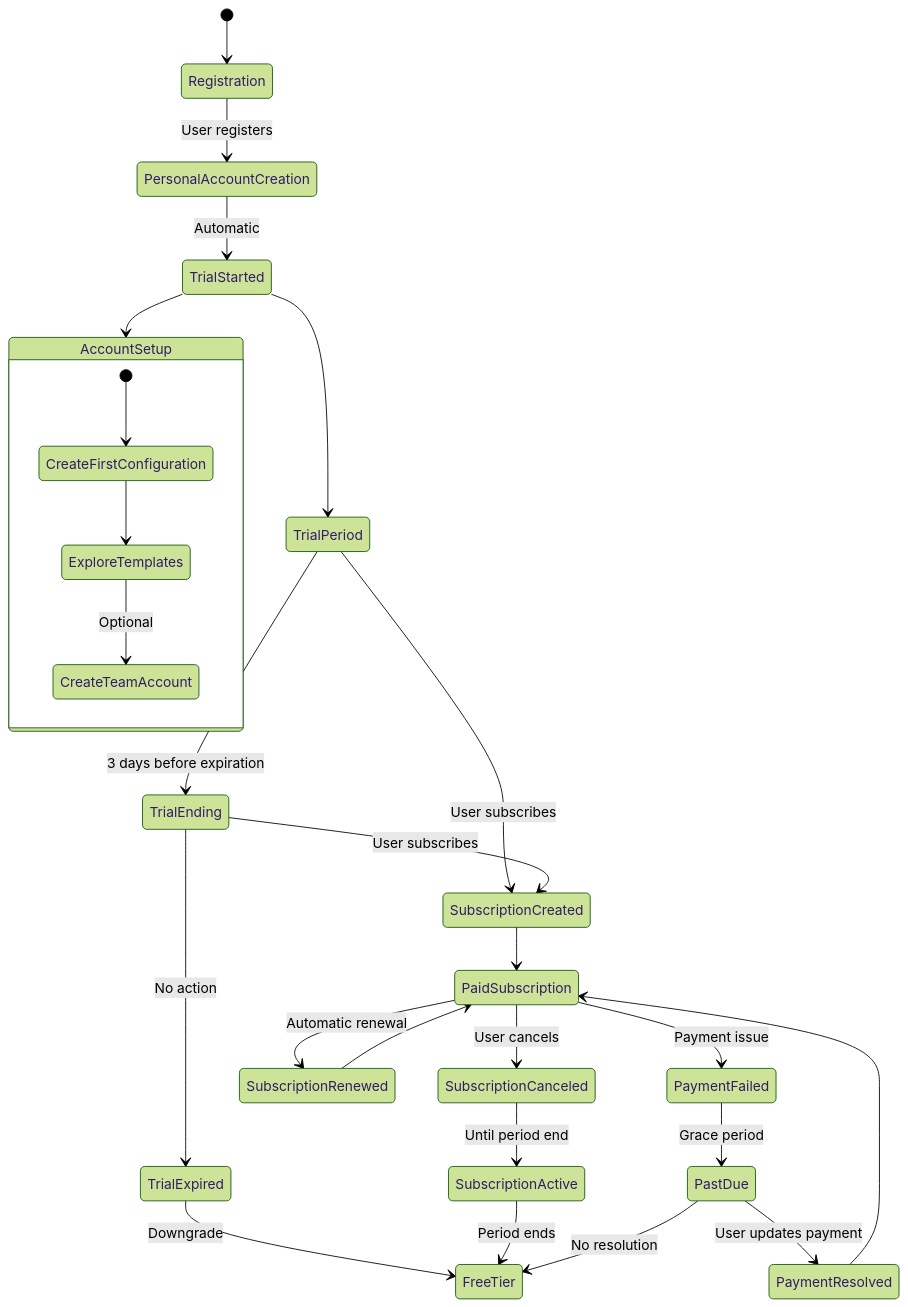
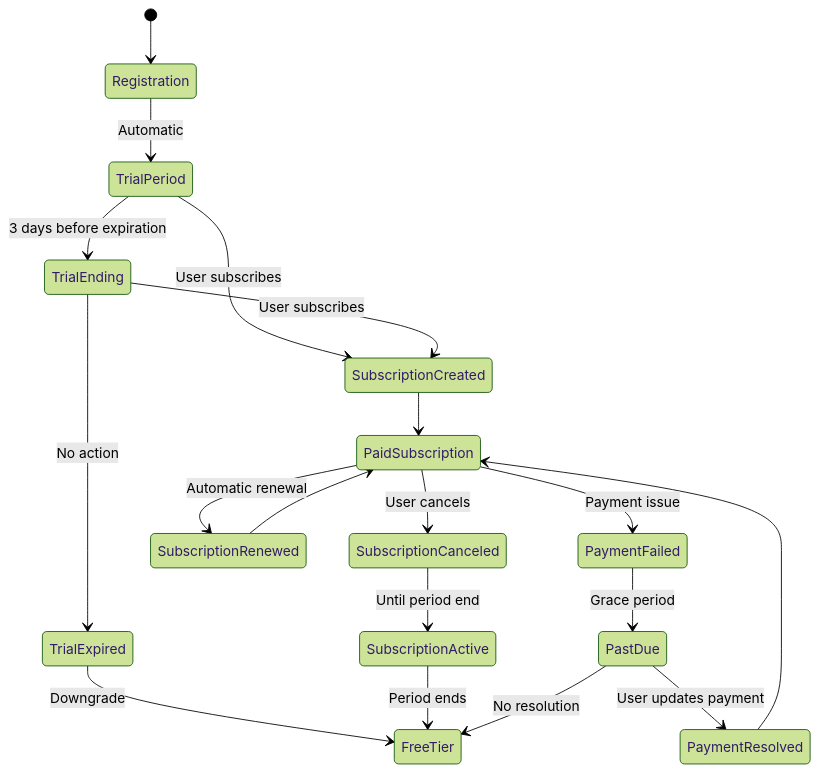
The second of 10 diagrams in backend/7-business-workflows.md (leger-labs/leger), drawn with Mermaid (forest theme) before and after one commit. The commit also changed other lines of this file and 12 other files, not shown here.

````diff
--- a/backend/7-business-workflows.md
+++ b/backend/7-business-workflows.md
@@ -414,35 +89,25 @@
 ```mermaid
 stateDiagram-v2
     [*] --> Registration
-    Registration --> PersonalAccountCreation: User registers
-    PersonalAccountCreation --> TrialStarted: Automatic
-    TrialStarted --> AccountSetup
-    
-    state AccountSetup {
-        [*] --> CreateFirstConfiguration
-        CreateFirstConfiguration --> ExploreTemplates
-        ExploreTemplates --> CreateTeamAccount: Optional
-    }
-    
-    TrialStarted --> TrialPeriod
+    Registration --> TrialPeriod: Automatic
     TrialPeriod --> TrialEnding: 3 days before expiration
     TrialEnding --> TrialExpired: No action
     TrialExpired --> FreeTier: Downgrade
     
     TrialPeriod --> SubscriptionCreated: User subscribes
     TrialEnding --> SubscriptionCreated: User subscribes
     SubscriptionCreated --> PaidSubscription
     
     PaidSubscription --> SubscriptionCanceled: User cancels
     SubscriptionCanceled --> SubscriptionActive: Until period end
     SubscriptionActive --> FreeTier: Period ends
     
     PaidSubscription --> SubscriptionRenewed: Automatic renewal
     SubscriptionRenewed --> PaidSubscription
     
     PaidSubscription --> PaymentFailed: Payment issue
     PaymentFailed --> PastDue: Grace period
     PastDue --> PaymentResolved: User updates payment
     PaymentResolved --> PaidSubscription
     PastDue --> FreeTier: No resolution
 ```
````
